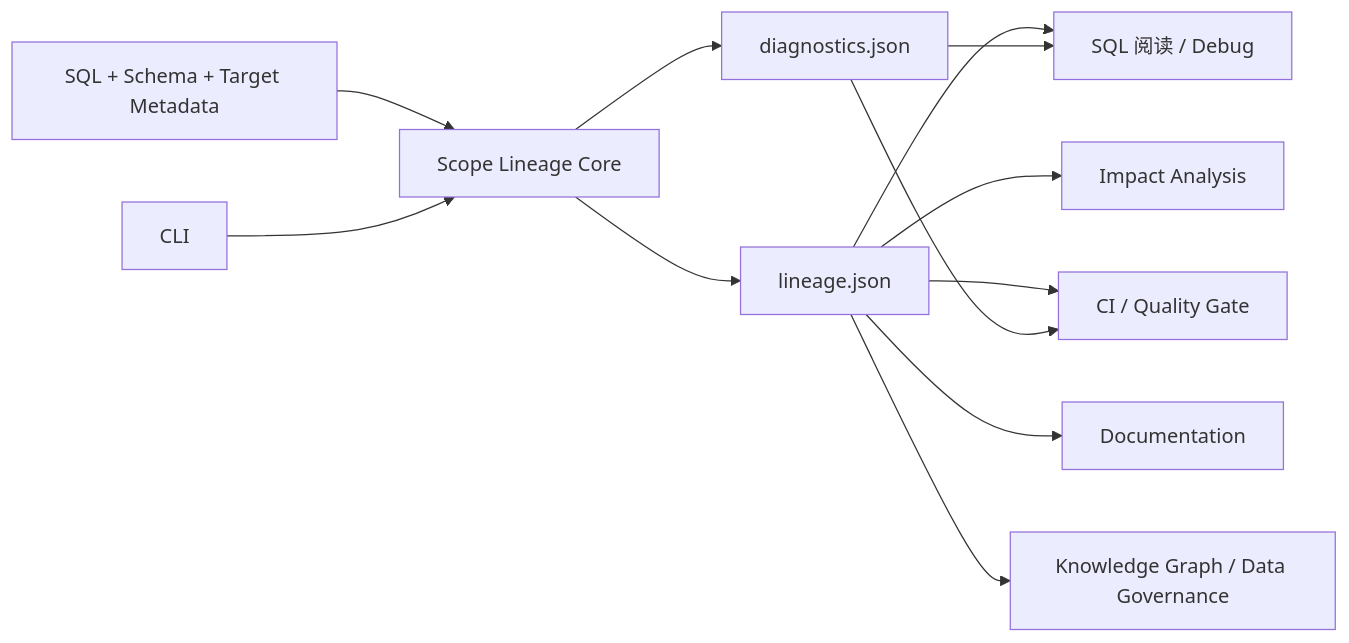
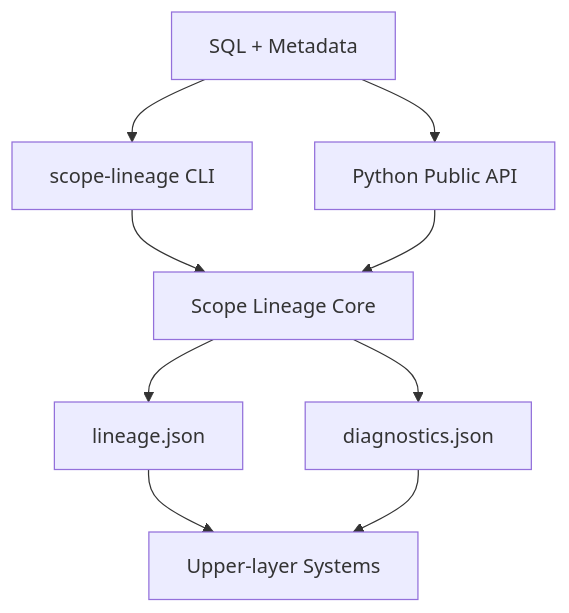
One commit to realyin/scope-lineage changed the sixth of 6 diagrams in docs/zh-CN/value-and-use-cases.md. Above: the diagram before and after it, drawn with Mermaid. The commit also changed other lines of this file, not shown here.

Commit message:
Finalize Scope Lineage value and use cases

````diff
--- a/docs/zh-CN/value-and-use-cases.md
+++ b/docs/zh-CN/value-and-use-cases.md
@@ -399,14 +399,11 @@
 ```mermaid
-flowchart LR
-    I["SQL + Schema + Target Metadata"] --> C["Scope Lineage Core"]
-    CLI["CLI"] --> C
-    C --> L["lineage.json"]
-    C --> D["diagnostics.json"]
-    L --> R["SQL 阅读 / Debug"]
-    L --> A["Impact Analysis"]
-    L --> Q["CI / Quality Gate"]
-    L --> DOC["Documentation"]
-    L --> KG["Knowledge Graph / Data Governance"]
-    D --> R
-    D --> Q
+flowchart TD
+    I["SQL + Metadata"] --> CLI["scope-lineage CLI"]
+    I --> API["Python Public API"]
+    CLI --> CORE["Scope Lineage Core"]
+    API --> CORE
+    CORE --> L["lineage.json"]
+    CORE --> D["diagnostics.json"]
+    L --> U["Upper-layer Systems"]
+    D --> U
 ```
````
